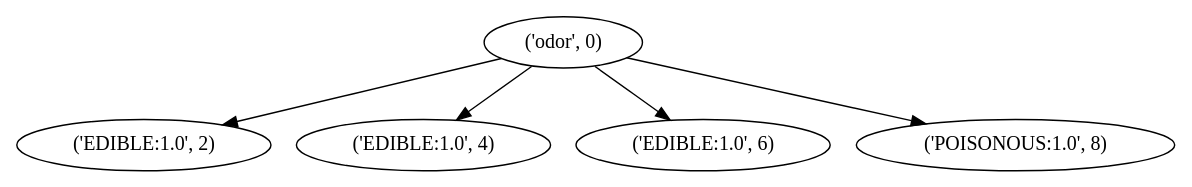
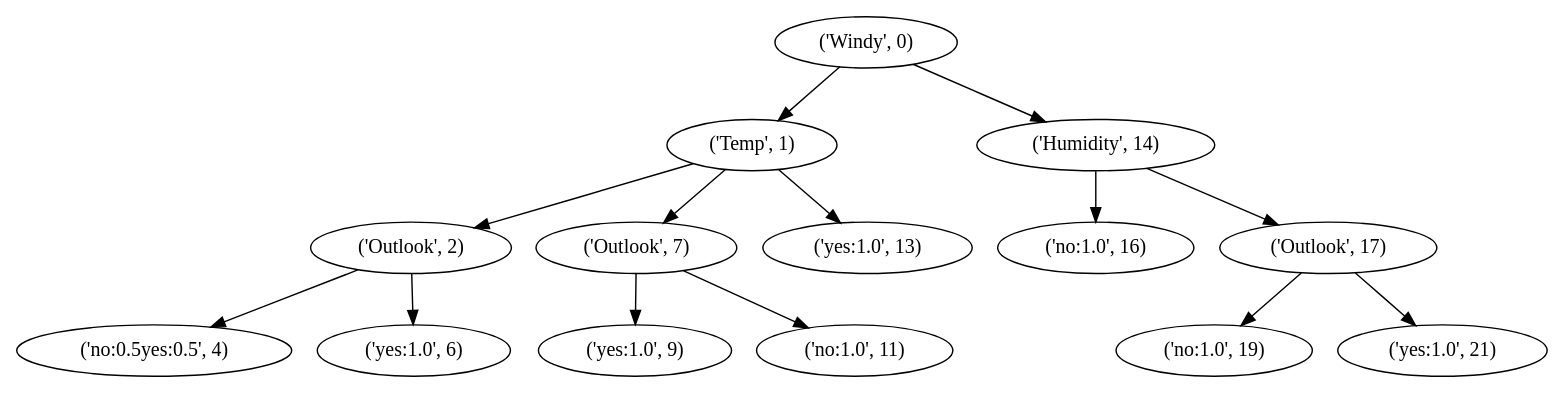
The diagram in test.dot (rafallewanczyk/ID3-grzyby), drawn with Graphviz before and after one commit. The commit also changed 3 other files, not shown here.

```diff
--- a/test.dot
+++ b/test.dot
@@ -1,6 +1,15 @@
 strict digraph "" {
-	"('odor', 0)" -> "('EDIBLE:1.0', 2)"	 [user_data=ALMOND];
-	"('odor', 0)" -> "('EDIBLE:1.0', 4)"	 [user_data=ANISE];
-	"('odor', 0)" -> "('EDIBLE:1.0', 6)"	 [user_data=NONE];
-	"('odor', 0)" -> "('POISONOUS:1.0', 8)"	 [user_data=PUNGENT];
+	"('Windy', 0)" -> "('Temp', 1)"	 [user_data=false];
+	"('Windy', 0)" -> "('Humidity', 14)"	 [user_data=true];
+	"('Temp', 1)" -> "('Outlook', 2)"	 [user_data=hot];
+	"('Temp', 1)" -> "('Outlook', 7)"	 [user_data=mild];
+	"('Temp', 1)" -> "('yes:1.0', 13)"	 [user_data=cool];
+	"('Outlook', 2)" -> "('no:0.5yes:0.5', 4)"	 [user_data=rainy];
+	"('Outlook', 2)" -> "('yes:1.0', 6)"	 [user_data=overcast];
+	"('Outlook', 7)" -> "('yes:1.0', 9)"	 [user_data=sunny];
+	"('Outlook', 7)" -> "('no:1.0', 11)"	 [user_data=rainy];
+	"('Humidity', 14)" -> "('no:1.0', 16)"	 [user_data=high];
+	"('Humidity', 14)" -> "('Outlook', 17)"	 [user_data=normal];
+	"('Outlook', 17)" -> "('no:1.0', 19)"	 [user_data=sunny];
+	"('Outlook', 17)" -> "('yes:1.0', 21)"	 [user_data=overcast];
 }
```
